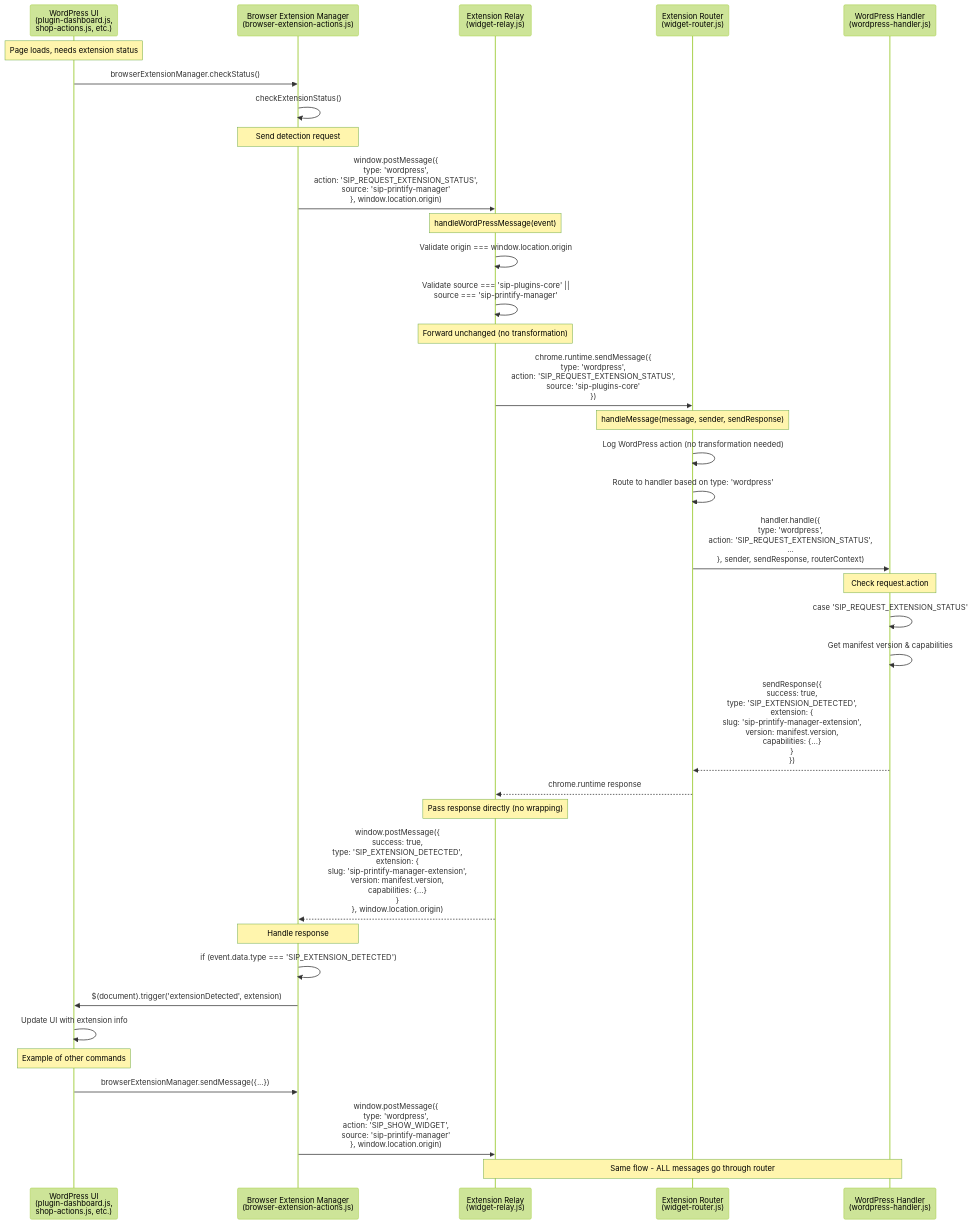
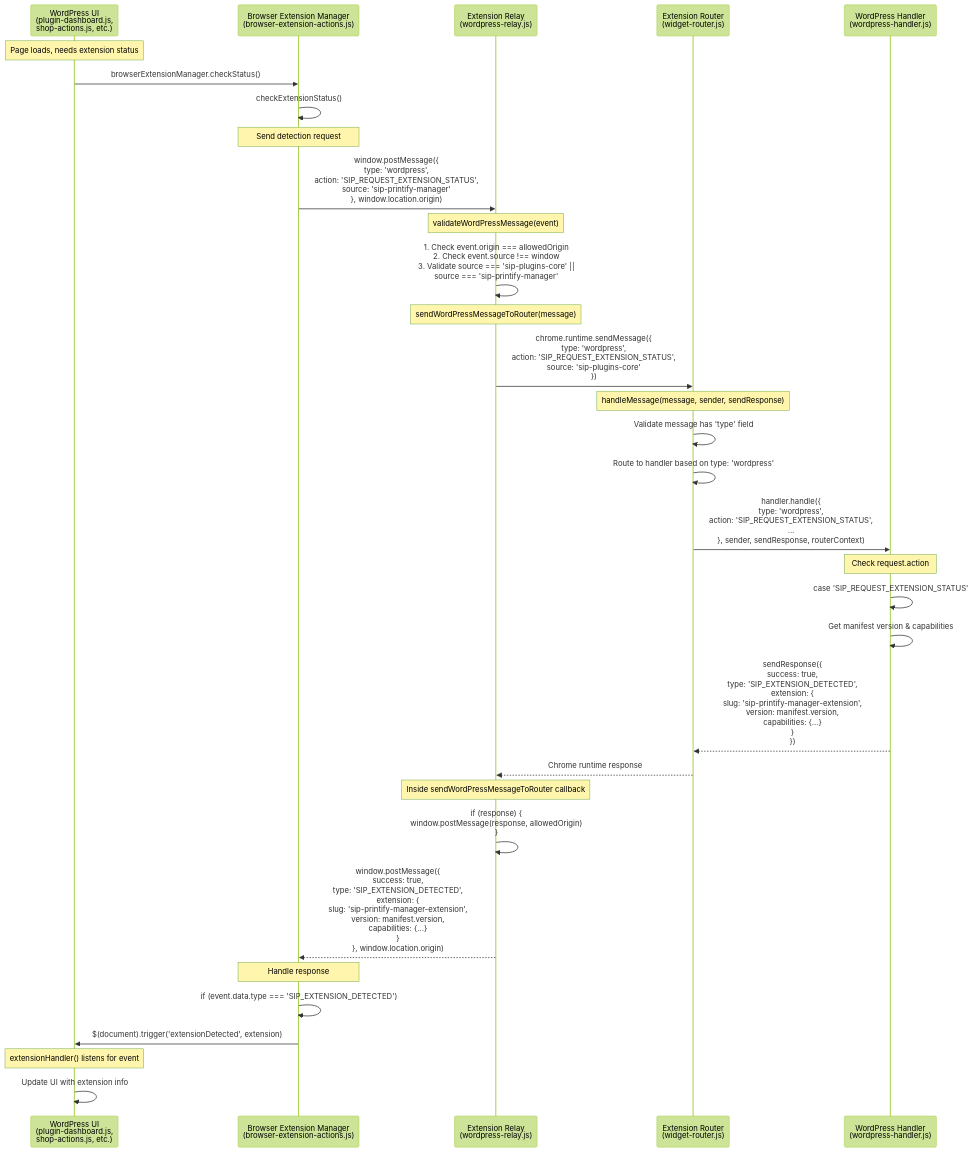
One commit to tdemelle-SiP/.claude changed the diagram in guidelines/extension-detection-guidelines.md. Above: the diagram before and after it, drawn with Mermaid (forest theme). The commit also changed other lines of this file, not shown here.

````diff
--- a/guidelines/extension-detection-guidelines.md
+++ b/guidelines/extension-detection-guidelines.md
@@ -17,52 +17,48 @@
 ```mermaid
 sequenceDiagram
     participant UI as WordPress UI<br/>(plugin-dashboard.js,<br/>shop-actions.js, etc.)
     participant BEM as Browser Extension Manager<br/>(browser-extension-actions.js)
-    participant Relay as Extension Relay<br/>(widget-relay.js)
+    participant Relay as Extension Relay<br/>(wordpress-relay.js)
     participant Router as Extension Router<br/>(widget-router.js)
     participant Handler as WordPress Handler<br/>(wordpress-handler.js)
     
     Note over UI: Page loads, needs extension status
     
     UI->>BEM: browserExtensionManager.checkStatus()
     BEM->>BEM: checkExtensionStatus()
     
     Note over BEM: Send detection request
     BEM->>Relay: window.postMessage({<br/>  type: 'wordpress',<br/>  action: 'SIP_REQUEST_EXTENSION_STATUS',<br/>  source: 'sip-printify-manager'<br/>}, window.location.origin)
     
-    Note over Relay: handleWordPressMessage(event)
-    Relay->>Relay: Validate origin === window.location.origin
-    Relay->>Relay: Validate source === 'sip-plugins-core' ||<br/>source === 'sip-printify-manager'
+    Note over Relay: validateWordPressMessage(event)
+    Relay->>Relay: 1. Check event.origin === allowedOrigin<br/>2. Check event.source !== window<br/>3. Validate source === 'sip-plugins-core' ||<br/>source === 'sip-printify-manager'
     
-    Note over Relay: Forward unchanged (no transformation)
+    Note over Relay: sendWordPressMessageToRouter(message)
     Relay->>Router: chrome.runtime.sendMessage({<br/>  type: 'wordpress',<br/>  action: 'SIP_REQUEST_EXTENSION_STATUS',<br/>  source: 'sip-plugins-core'<br/>})
     
     Note over Router: handleMessage(message, sender, sendResponse)
-    Router->>Router: Log WordPress action (no transformation needed)
+    Router->>Router: Validate message has 'type' field
     Router->>Router: Route to handler based on type: 'wordpress'
     
     Router->>Handler: handler.handle({<br/>  type: 'wordpress',<br/>  action: 'SIP_REQUEST_EXTENSION_STATUS',<br/>  ...<br/>}, sender, sendResponse, routerContext)
     
     Note over Handler: Check request.action
     Handler->>Handler: case 'SIP_REQUEST_EXTENSION_STATUS'
     Handler->>Handler: Get manifest version & capabilities
     
     Handler-->>Router: sendResponse({<br/>  success: true,<br/>  type: 'SIP_EXTENSION_DETECTED',<br/>  extension: {<br/>    slug: 'sip-printify-manager-extension',<br/>    version: manifest.version,<br/>    capabilities: {...}<br/>  }<br/>})
     
-    Router-->>Relay: chrome.runtime response
+    Router-->>Relay: Chrome runtime response
     
-    Note over Relay: Pass response directly (no wrapping)
+    Note over Relay: Inside sendWordPressMessageToRouter callback
+    Relay->>Relay: if (response) {<br/>  window.postMessage(response, allowedOrigin)<br/>}
+    
     Relay-->>BEM: window.postMessage({<br/>  success: true,<br/>  type: 'SIP_EXTENSION_DETECTED',<br/>  extension: {<br/>    slug: 'sip-printify-manager-extension',<br/>    version: manifest.version,<br/>    capabilities: {...}<br/>  }<br/>}, window.location.origin)
     
     Note over BEM: Handle response
     BEM->>BEM: if (event.data.type === 'SIP_EXTENSION_DETECTED')
     BEM->>UI: $(document).trigger('extensionDetected', extension)
+    
+    Note over UI: extensionHandler() listens for event
     UI->>UI: Update UI with extension info
-    
-    Note over UI: Example of other commands
-    
-    UI->>BEM: browserExtensionManager.sendMessage({...})
-    BEM->>Relay: window.postMessage({<br/>  type: 'wordpress',<br/>  action: 'SIP_SHOW_WIDGET',<br/>  source: 'sip-printify-manager'<br/>}, window.location.origin)
-    
-    Note over Relay,Handler: Same flow - ALL messages go through router
 ```
````
